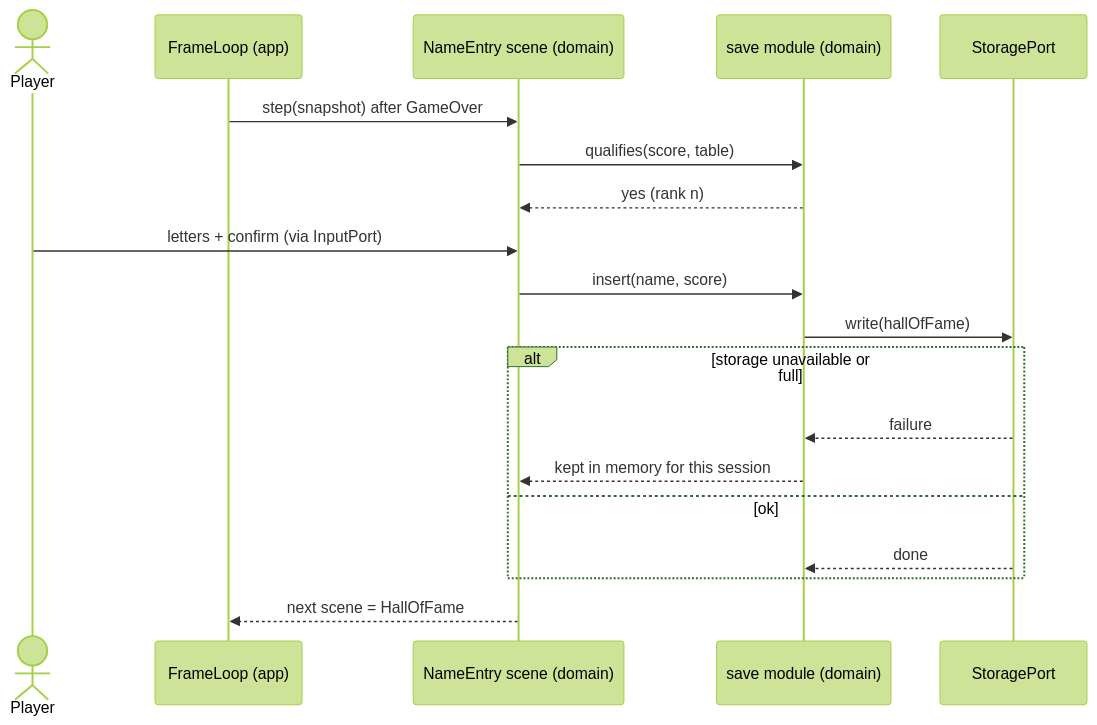
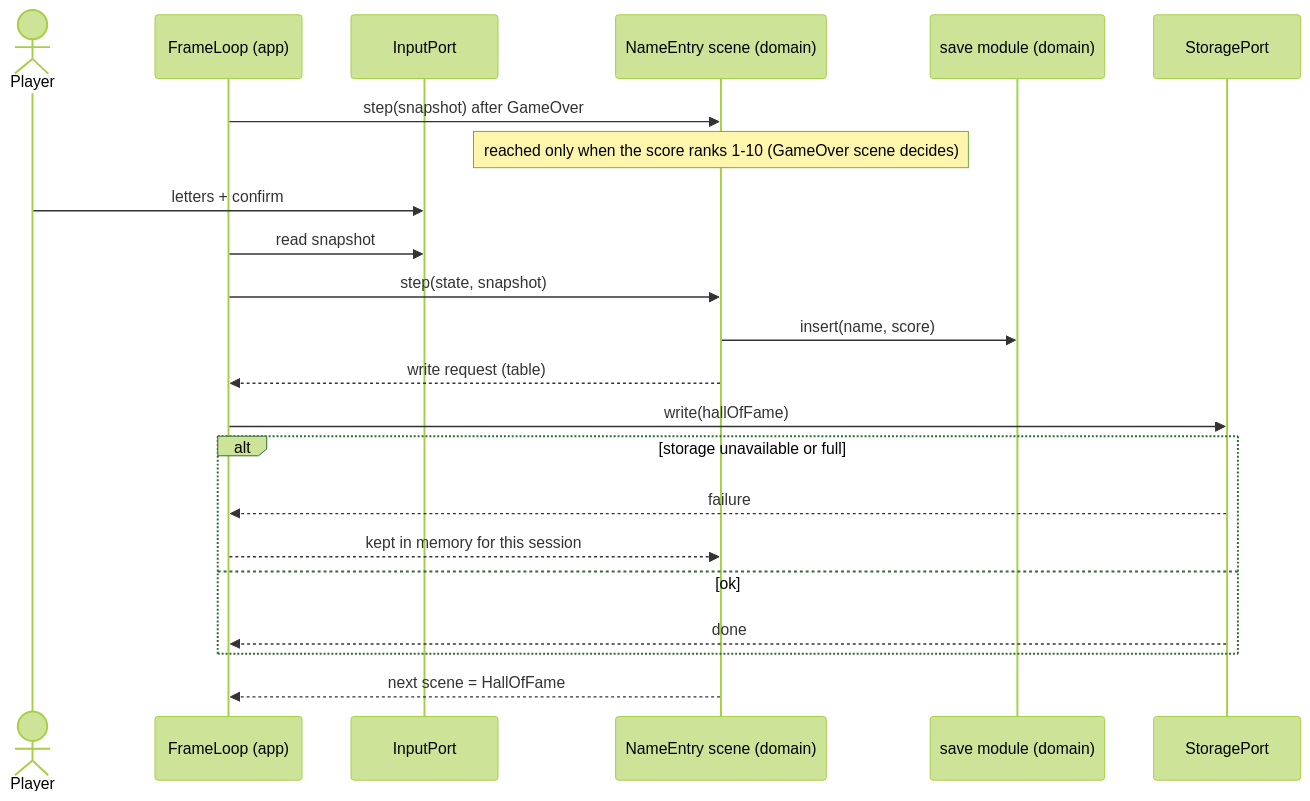
The diagram in docs/architecture/diagrams/meta/07-sequence-name-entry.md (benoit-bremaud/retro-plumber), drawn with Mermaid (forest theme) before and after one commit. The commit also changed other lines of this file and 7 other files, not shown here.

Commit message:
docs(uml): apply local review fixes to specs and sequences

````diff
--- a/docs/architecture/diagrams/meta/07-sequence-name-entry.md
+++ b/docs/architecture/diagrams/meta/07-sequence-name-entry.md
@@ -12,21 +12,24 @@
 ```mermaid
 sequenceDiagram
     actor P as Player
     participant FL as FrameLoop (app)
+    participant In as InputPort
     participant Scene as NameEntry scene (domain)
     participant Save as save module (domain)
     participant Store as StoragePort
     FL->>Scene: step(snapshot) after GameOver
-    Scene->>Save: qualifies(score, table)
-    Save-->>Scene: yes (rank n)
-    P->>Scene: letters + confirm (via InputPort)
+    Note over Scene: reached only when the score ranks 1-10 (GameOver scene decides)
+    P->>In: letters + confirm
+    FL->>In: read snapshot
+    FL->>Scene: step(state, snapshot)
     Scene->>Save: insert(name, score)
-    Save->>Store: write(hallOfFame)
+    Scene-->>FL: write request (table)
+    FL->>Store: write(hallOfFame)
     alt storage unavailable or full
-        Store-->>Save: failure
-        Save-->>Scene: kept in memory for this session
+        Store-->>FL: failure
+        FL-->>Scene: kept in memory for this session
     else ok
-        Store-->>Save: done
+        Store-->>FL: done
     end
     Scene-->>FL: next scene = HallOfFame
 ```
````
